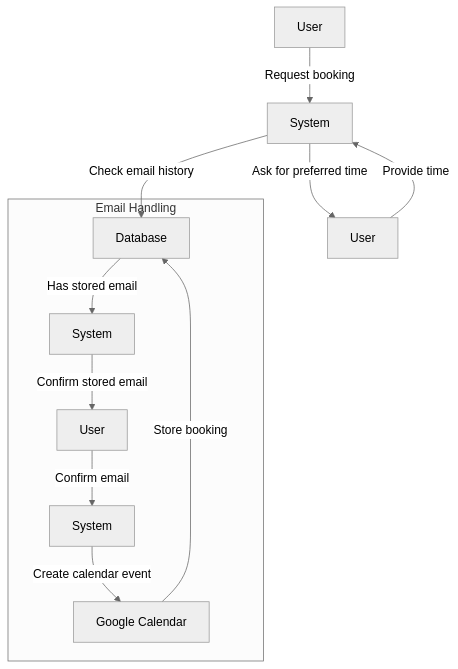
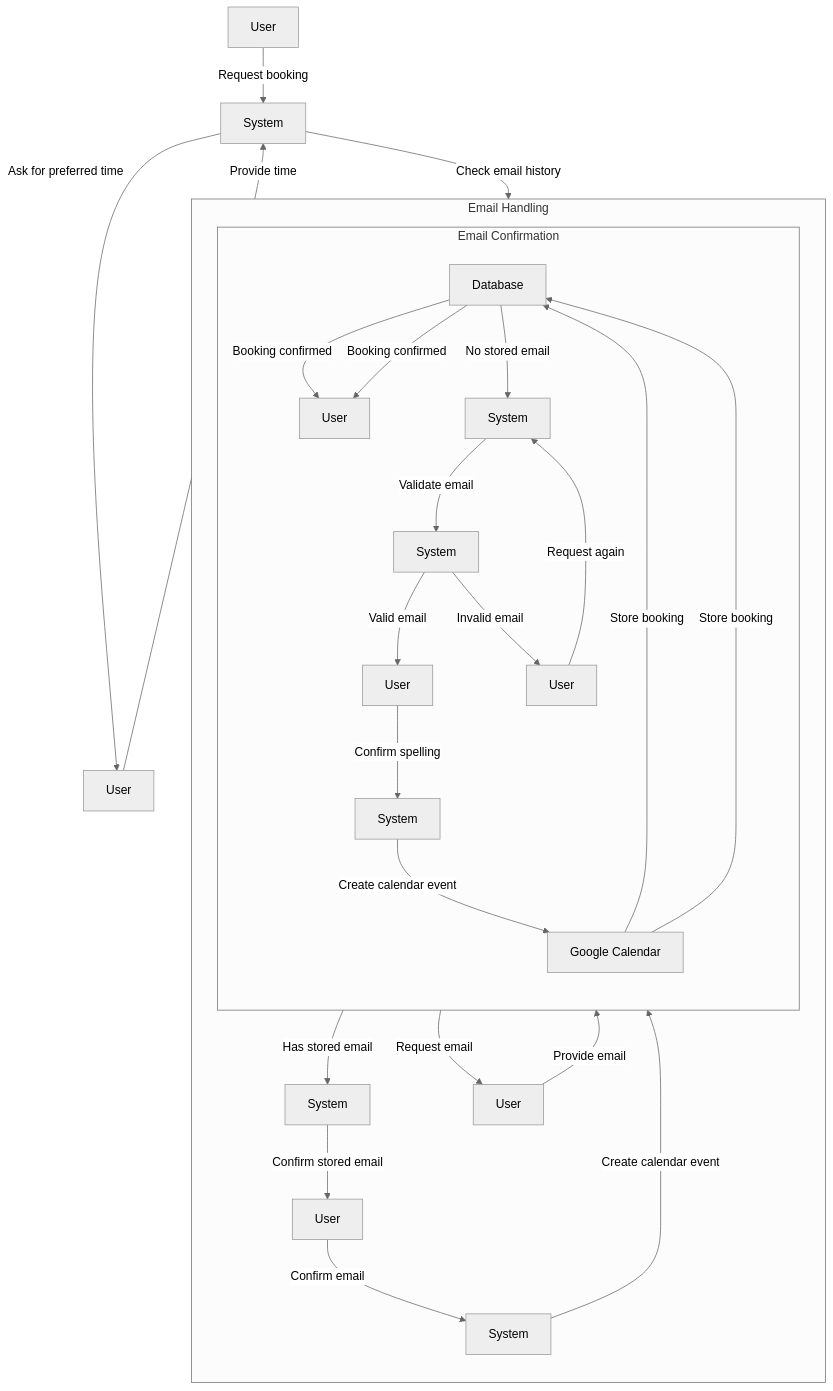
The third of 3 diagrams in README.md (monami44/Realtime-AI-Voice-Pokemon-Trainer), drawn with Mermaid (neutral theme) before and after one commit. The commit also changed other lines of this file, not shown here.

````diff
--- a/README.md
+++ b/README.md
@@ -111,15 +122,34 @@
 ```mermaid
 flowchart TD
     A[User] -->|Request booking| B[System]
     B -->|Ask for preferred time| C[User]
     C -->|Provide time| B
     B -->|Check email history| D[Database]
     
     subgraph Email Handling
+        direction TB
         D -->|Has stored email| E[System]
         E -->|Confirm stored email| F[User]
         F -->|Confirm email| G[System]
         G -->|Create calendar event| H[Google Calendar]
         H -->|Store booking| D
+        D -->|Booking confirmed| I[User]
+        
+        D -->|No stored email| J[System]
+        J -->|Request email| K[User]
+        K -->|Provide email| J
+        J -->|Validate email| L[System]
+        
+        subgraph Email Confirmation
+            direction TB
+            L -->|Valid email| M[User]
+            M -->|Confirm spelling| N[System]
+            N -->|Create calendar event| H
+            H -->|Store booking| D
+            D -->|Booking confirmed| I
+            
+            L -->|Invalid email| O[User]
+            O -->|Request again| J
+        end
     end
 ```
````
